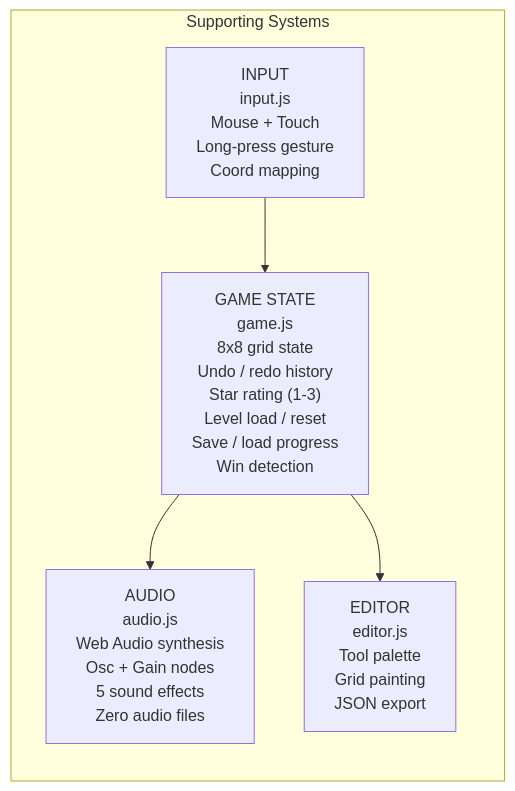
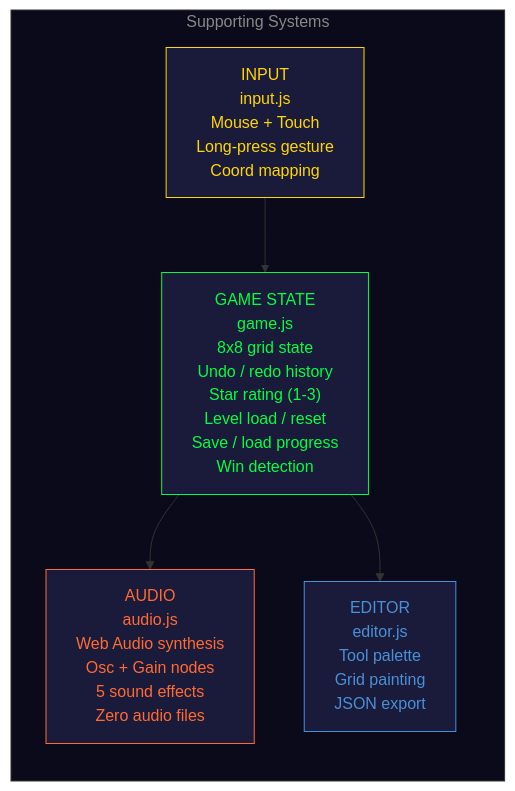
The second of 6 diagrams in README.md (jacksonvincent012-web/Solstice-Game), drawn with Mermaid before and after one commit. The commit also changed other lines of this file, not shown here.

Commit message:
Style Mermaid architecture diagrams with game-themed colors

````diff
--- a/README.md
+++ b/README.md
@@ -32,13 +38,19 @@
 ```mermaid
 flowchart TB
     subgraph Systems[Supporting Systems]
         direction TB
         IM["INPUT<br>input.js<br>Mouse + Touch<br>Long-press gesture<br>Coord mapping"]
         GS["GAME STATE<br>game.js<br>8x8 grid state<br>Undo / redo history<br>Star rating (1-3)<br>Level load / reset<br>Save / load progress<br>Win detection"]
         AU["AUDIO<br>audio.js<br>Web Audio synthesis<br>Osc + Gain nodes<br>5 sound effects<br>Zero audio files"]
         ED["EDITOR<br>editor.js<br>Tool palette<br>Grid painting<br>JSON export"]
     end
 
     IM --> GS --> AU
     GS --> ED
+
+    style IM fill:#1a1a3a,stroke:#ffd700,color:#ffd700
+    style GS fill:#1a1a3a,stroke:#00ff41,color:#00ff41
+    style AU fill:#1a1a3a,stroke:#ff6b35,color:#ff6b35
+    style ED fill:#1a1a3a,stroke:#4a90d9,color:#4a90d9
+    style Systems fill:#0a0a1a,stroke:#333,color:#888
 ```
````
